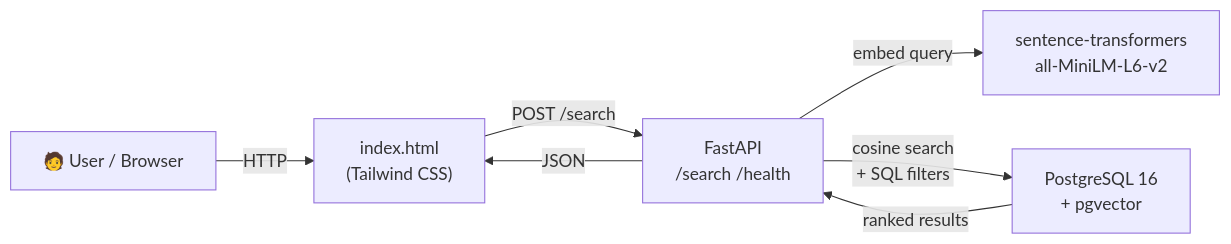
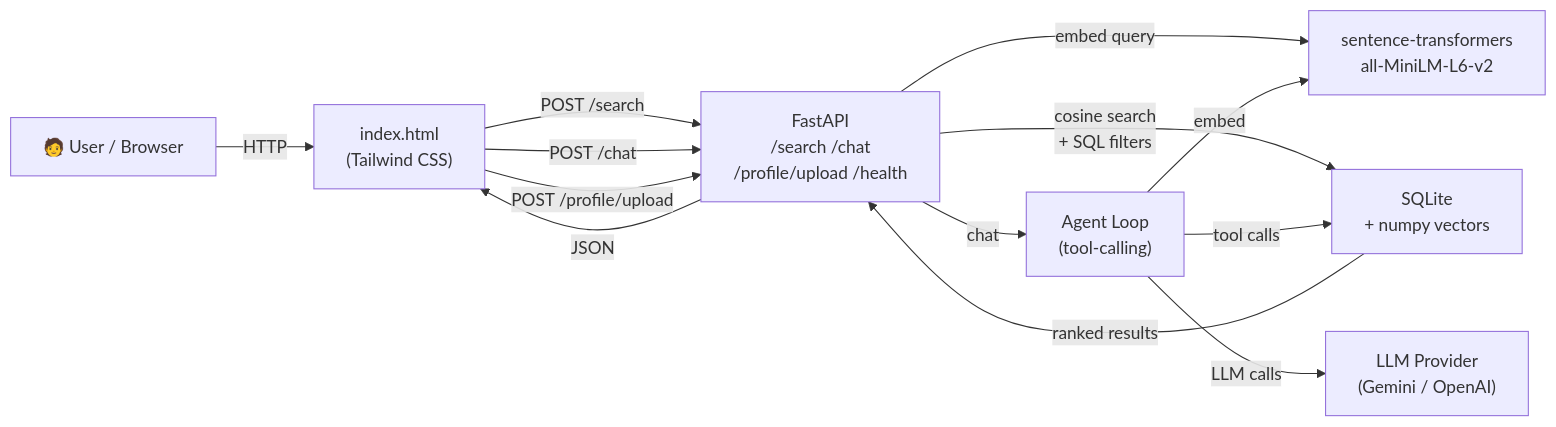
One commit to may-waghmode/JobPilot changed the diagram in README.md. Above: the diagram before and after it, drawn with Mermaid. The commit also changed other lines of this file, not shown here.

Commit message:
docs: update README with eval results, architecture diagram, and completed roadmap

````diff
--- a/README.md
+++ b/README.md
@@ -11,15 +12,23 @@
 ```mermaid
 flowchart LR
     User["🧑 User / Browser"]
     UI["index.html\n(Tailwind CSS)"]
-    API["FastAPI\n/search /health"]
+    API["FastAPI\n/search /chat\n/profile/upload /health"]
     EMB["sentence-transformers\nall-MiniLM-L6-v2"]
-    DB["PostgreSQL 16\n+ pgvector"]
+    LLM["LLM Provider\n(Gemini / OpenAI)"]
+    Agent["Agent Loop\n(tool-calling)"]
+    DB["SQLite\n+ numpy vectors"]
 
     User -->|HTTP| UI
     UI -->|POST /search| API
+    UI -->|POST /chat| API
+    UI -->|POST /profile/upload| API
     API -->|embed query| EMB
     API -->|cosine search\n+ SQL filters| DB
+    API -->|chat| Agent
+    Agent -->|tool calls| DB
+    Agent -->|LLM calls| LLM
+    Agent -->|embed| EMB
     DB -->|ranked results| API
     API -->|JSON| UI
 ```
````
